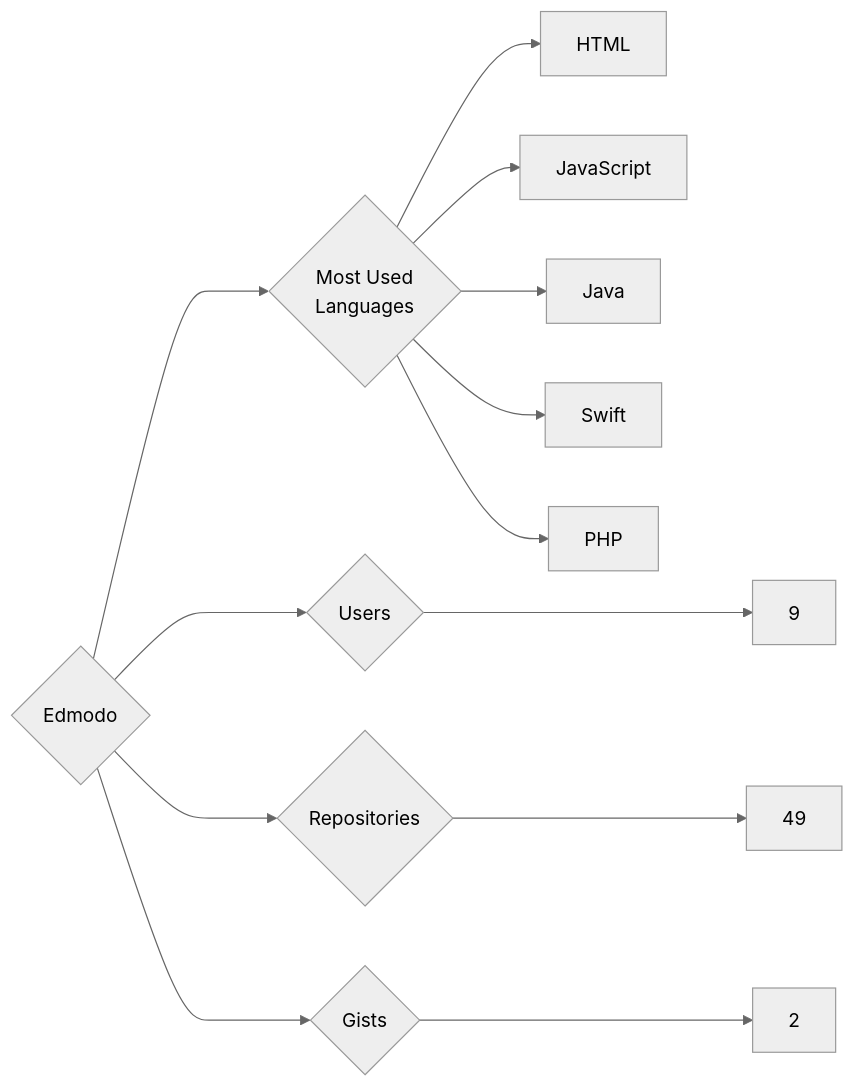
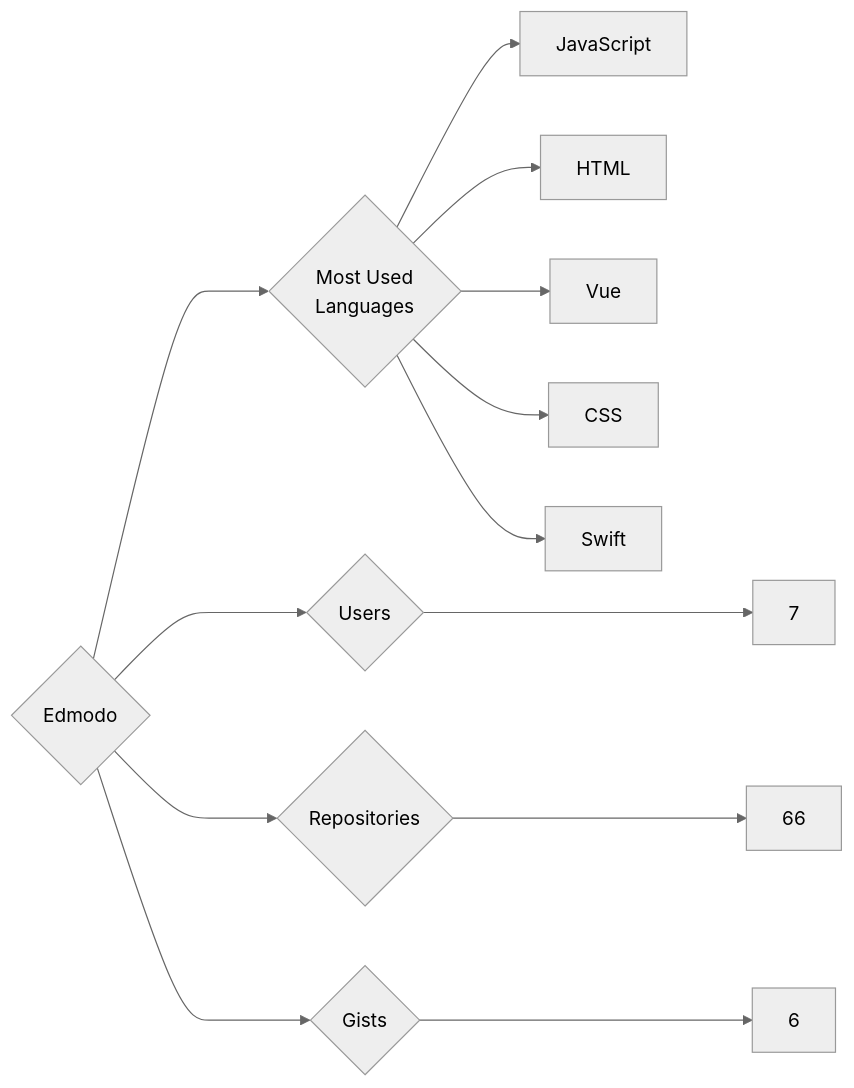
One commit to trickest/insiders changed the diagram in targets/Edmodo/README.md. Above: the diagram before and after it, drawn with Mermaid (neutral theme). The commit also changed 859 other files, not shown here.

````diff
--- a/targets/Edmodo/README.md
+++ b/targets/Edmodo/README.md
@@ -3,13 +3,13 @@
 ```mermaid
 graph LR
 COMPANY_NAME{Edmodo}
-COMPANY_NAME ---> U{Users} ---> UN[9]
-COMPANY_NAME ---> R{Repositories} ---> RN[49]
-COMPANY_NAME ---> G{Gists} ---> GN[2]
+COMPANY_NAME ---> U{Users} ---> UN[7]
+COMPANY_NAME ---> R{Repositories} ---> RN[66]
+COMPANY_NAME ---> G{Gists} ---> GN[6]
 COMPANY_NAME ---> ML{Most Used<br>Languages}
+ML --> JavaScript[JavaScript]
 ML --> HTML[HTML]
-ML --> JavaScript[JavaScript]
-ML --> Java[Java]
+ML --> Vue[Vue]
+ML --> CSS[CSS]
 ML --> Swift[Swift]
-ML --> PHP[PHP]
 ```
````
